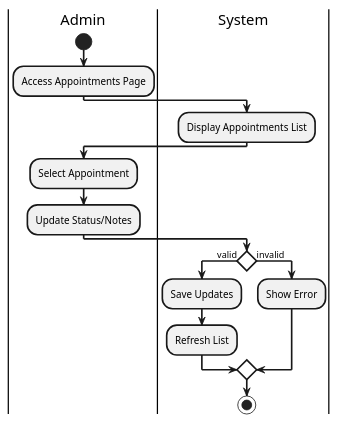
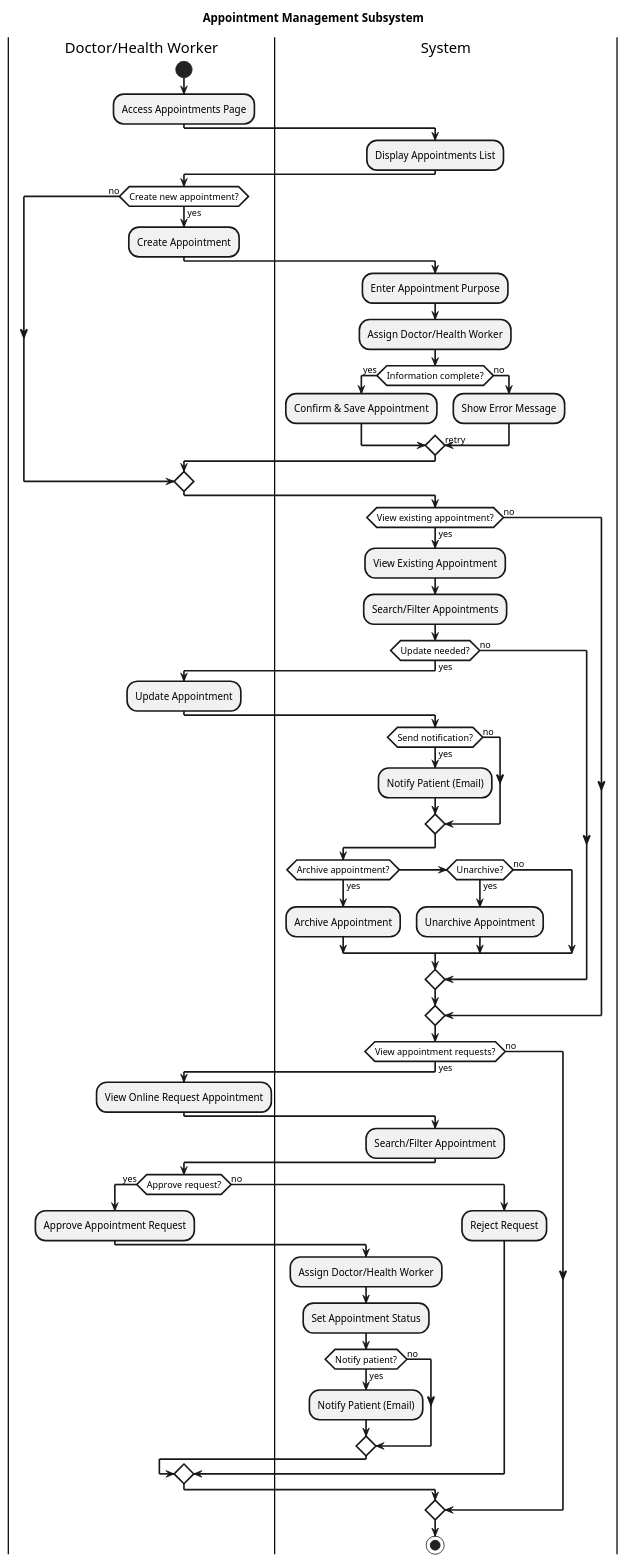
One commit to KuroKage-001/Mamatid_MedClinic changed the diagram in dist/02 - diagrams/Activity_Diagrams/manage_appointments_activity.puml. Above: the diagram before and after it, drawn with PlantUML. The commit also changed 5 other files, not shown here.

```diff
--- a/dist/02 - diagrams/Activity_Diagrams/manage_appointments_activity.puml
+++ b/dist/02 - diagrams/Activity_Diagrams/manage_appointments_activity.puml
@@ -1,29 +1,88 @@
 @startuml
 skinparam defaultTextAlignment center
 skinparam ArrowThickness 2
 skinparam ActivityBorderThickness 2
 skinparam ActivityDiamondBackgroundColor white
 skinparam ActivityDiamondBorderThickness 2
 
-|Admin|
+title Appointment Management Subsystem
+
+|Doctor/Health Worker|
 start
 :Access Appointments Page;
 
 |System|
 :Display Appointments List;
 
-|Admin|
-:Select Appointment;
-:Update Status/Notes;
+|Doctor/Health Worker|
+if (Create new appointment?) then (yes)
+  :Create Appointment;
+  
+  |System|
+  :Enter Appointment Purpose;
+  :Assign Doctor/Health Worker;
+  
+  if (Information complete?) then (yes)
+    :Confirm & Save Appointment;
+  else (no)
+    :Show Error Message;
+    ->retry;
+  endif
+else (no)
+endif
 
-|System|
-if () then (valid)
-  :Save Updates;
-  :Refresh List;
-else (invalid)
-  :Show Error;
+if (View existing appointment?) then (yes)
+  :View Existing Appointment;
+  
+  |System|
+  :Search/Filter Appointments;
+  
+  if (Update needed?) then (yes)
+    |Doctor/Health Worker|
+    :Update Appointment;
+    
+    |System|
+    if (Send notification?) then (yes)
+      :Notify Patient (Email);
+    else (no)
+    endif
+    
+    if (Archive appointment?) then (yes)
+      :Archive Appointment;
+    else if (Unarchive?) then (yes)
+      :Unarchive Appointment;
+    else (no)
+    endif
+  else (no)
+  endif
+else (no)
+endif
+
+if (View appointment requests?) then (yes)
+  |Doctor/Health Worker|
+  :View Online Request Appointment;
+  
+  |System|
+  :Search/Filter Appointment;
+  
+  |Doctor/Health Worker|
+  if (Approve request?) then (yes)
+    :Approve Appointment Request;
+    
+    |System|
+    :Assign Doctor/Health Worker;
+    :Set Appointment Status;
+    
+    if (Notify patient?) then (yes)
+      :Notify Patient (Email);
+    else (no)
+    endif
+  else (no)
+    :Reject Request;
+  endif
+else (no)
 endif
 
 stop
 
 @enduml 
```
